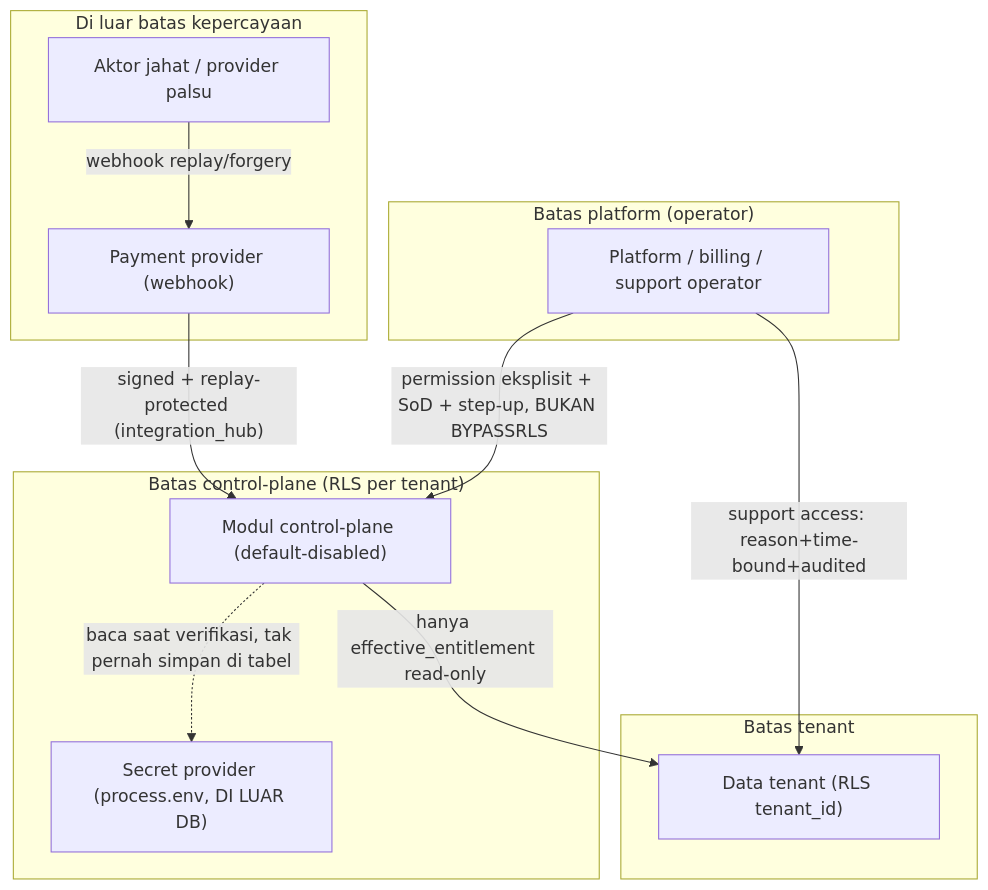
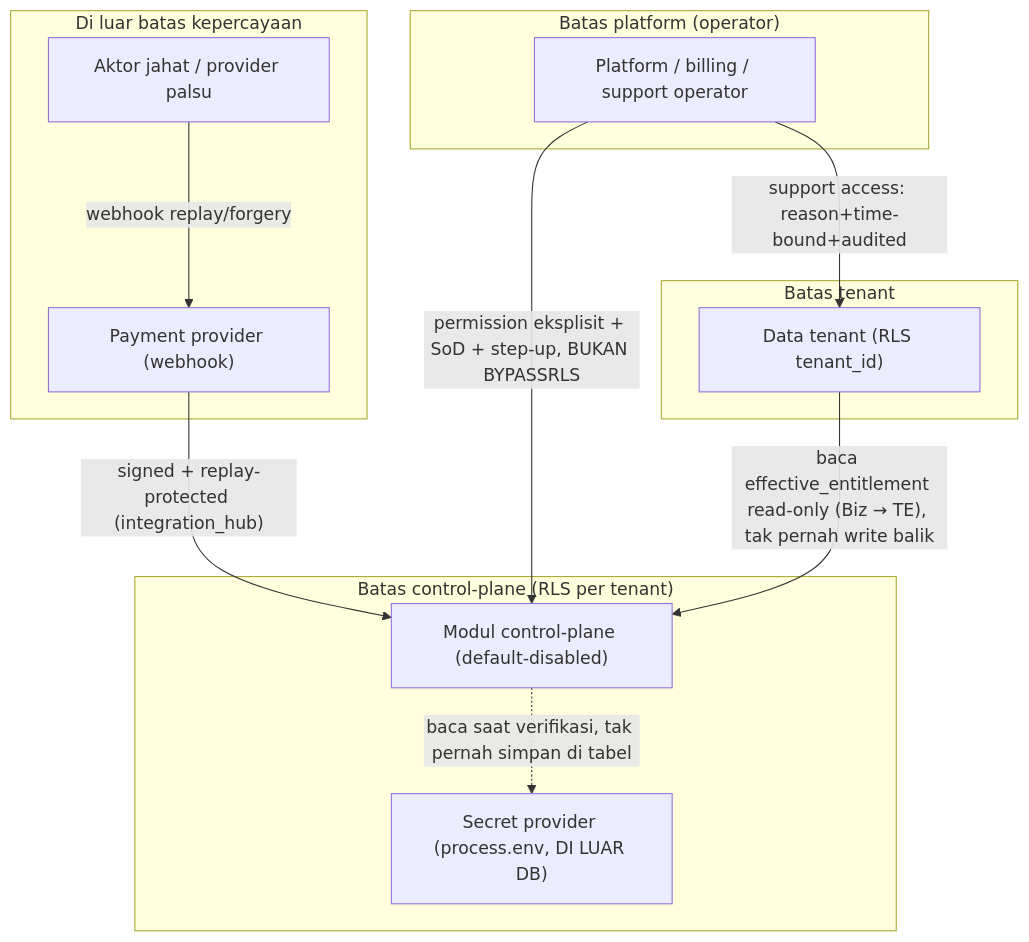
Before and after one commit to ahliweb/awcms-mini: the second of 7 diagrams in docs/adr/0022-saas-control-plane-admission-boundary-and-lifecycle-contracts.md, drawn with Mermaid. The commit also changed 1 other file, not shown here.

Commit message:
docs(adr,threat-model): fix entitlement edge direction to tenant-plane→control-plane read
The threat-model summary (doc 20) and the ADR-0022 attack-surface diagram
both drew the entitlement boundary as control-plane → tenant-plane, which
inverts ADR-0022 §4: the only allowed cross-boundary edge is a tenant-plane
business module reading `effective_entitlement` read-only from
tenant_entitlement (`Biz → TE`); control-plane never reaches into tenant
data. Reword the prose and flip the Mermaid edge so implementers of
#870–#881 cannot read this as authorizing the reverse dependency. Addresses
Codex review thread on PR #882 (#869).

````diff
--- a/docs/adr/0022-saas-control-plane-admission-boundary-and-lifecycle-contracts.md
+++ b/docs/adr/0022-saas-control-plane-admission-boundary-and-lifecycle-contracts.md
@@ -444,24 +444,24 @@
 ```mermaid
 flowchart TB
   subgraph external["Di luar batas kepercayaan"]
     attacker["Aktor jahat / provider palsu"]
     provider["Payment provider (webhook)"]
   end
   subgraph platform["Batas platform (operator)"]
     op["Platform / billing / support operator"]
   end
   subgraph plane["Batas control-plane (RLS per tenant)"]
     cp["Modul control-plane (default-disabled)"]
     secret["Secret provider (process.env, DI LUAR DB)"]
   end
   subgraph tenant["Batas tenant"]
     tdata["Data tenant (RLS tenant_id)"]
   end
 
   attacker -->|"webhook replay/forgery"| provider
   provider -->|"signed + replay-protected (integration_hub)"| cp
   op -->|"permission eksplisit + SoD + step-up, BUKAN BYPASSRLS"| cp
   op -->|"support access: reason+time-bound+audited"| tdata
-  cp -->|"hanya effective_entitlement read-only"| tdata
+  tdata -->|"baca effective_entitlement read-only (Biz → TE), tak pernah write balik"| cp
   cp -.->|"baca saat verifikasi, tak pernah simpan di tabel"| secret
 ```
````
